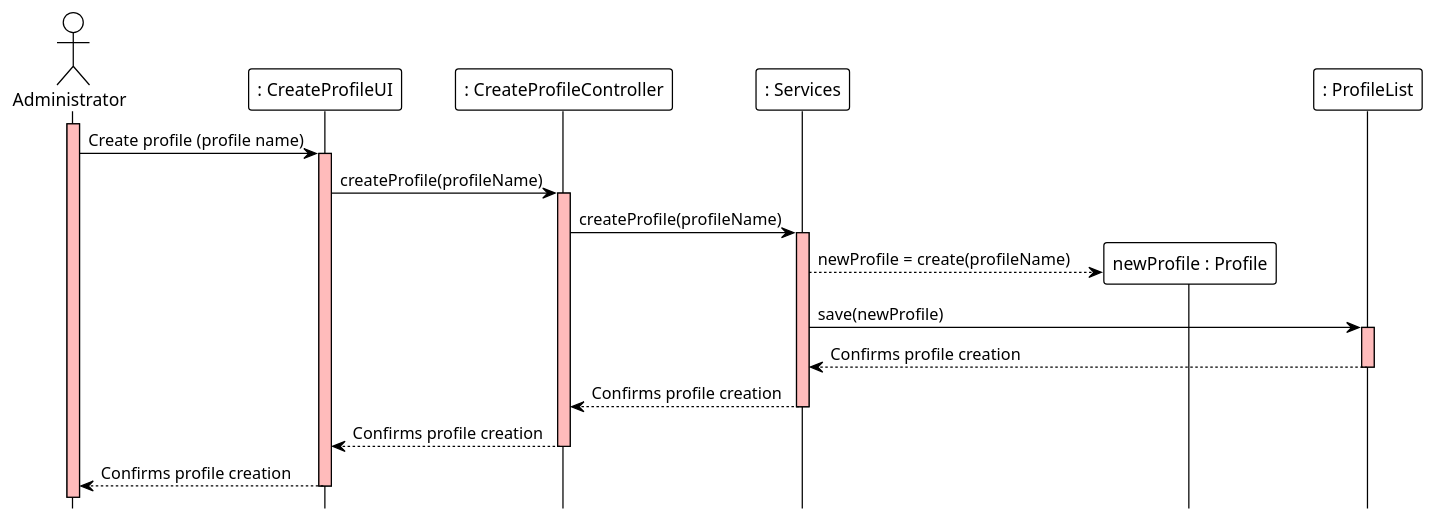
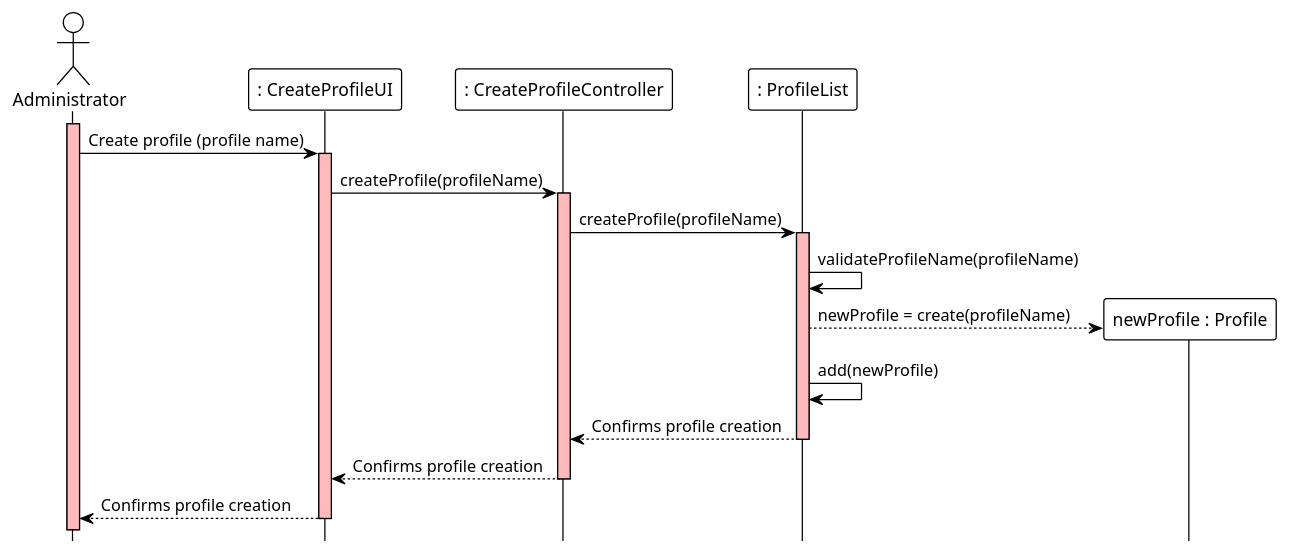
The diagram in docs/modelling_design/user_stories/us001/US001_CreateProfileSD.puml (ivo-menezes/project_g3), drawn with PlantUML before and after one commit. The commit also changed 3 other files, not shown here.

Commit message:
US001: Implementation: updates to SD and CD, methods of ProfileList

```diff
--- a/docs/modelling_design/user_stories/us001/US001_CreateProfileSD.puml
+++ b/docs/modelling_design/user_stories/us001/US001_CreateProfileSD.puml
@@ -1,32 +1,31 @@
 @startuml
 !theme plain
 hide footbox
+
 actor Administrator  as Administrator
 participant ": CreateProfileUI" as UI
 participant ": CreateProfileController" as Controller
-participant ": Services" as Services
+participant ": ProfileList" as List
 participant "newProfile : Profile" as profile
-participant ": ProfileList" as List
 
 activate Administrator #FFBBBB
 Administrator ->  UI : Create profile (profile name)
+
 activate UI #FFBBBB
 UI -> Controller : createProfile(profileName)
+
 activate Controller #FFBBBB
-Controller -> Services : createProfile(profileName)
-activate Services #FFBBBB
-Services --> profile ** : newProfile = create(profileName)
-Services -> List : save(newProfile)
-
+Controller -> List : createProfile(profileName)
 
 activate List #FFBBBB
+List -> List : validateProfileName(profileName)
+List --> profile ** : newProfile = create(profileName)
+List -> List : add(newProfile)
+List --> Controller : Confirms profile creation
+deactivate List
 
-List --> Services : Confirms profile creation
-deactivate List
-Services --> Controller : Confirms profile creation
-deactivate Services
 Controller --> UI : Confirms profile creation
 deactivate Controller
 UI --> Administrator : Confirms profile creation
 deactivate UI
 @enduml
```
